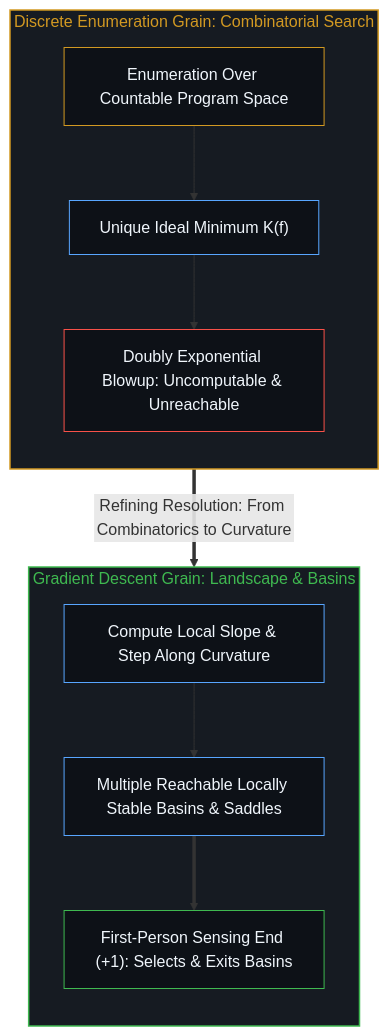
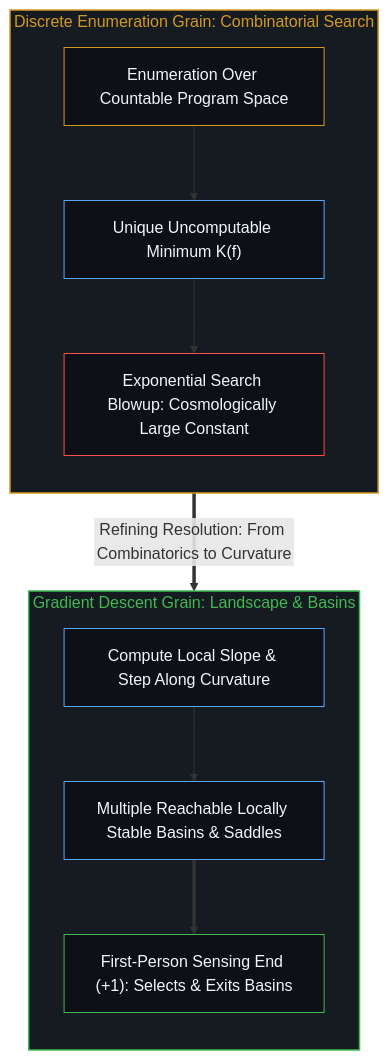
Before and after one commit to powerpig99/not-a-toe: the second of 2 diagrams in content/posts/the-surface-beneath.md, drawn with Mermaid. The commit also changed other lines of this file and 5 other files, not shown here.

````diff
--- a/content/posts/the-surface-beneath.md
+++ b/content/posts/the-surface-beneath.md
@@ -68,26 +68,26 @@
 ```mermaid
 flowchart TD
     subgraph S_Enum["Discrete Enumeration Grain: Combinatorial Search"]
         direction TB
         Countable["Enumeration Over Countable Program Space"]
-        UniqueK["Unique Ideal Minimum K(f)"]
-        Blowup["Doubly Exponential Blowup: Uncomputable & Unreachable"]
+        UniqueK["Unique Uncomputable Minimum K(f)"]
+        Blowup["Exponential Search Blowup: Cosmologically Large Constant"]
         Countable --> UniqueK --> Blowup
     end
     S_Enum ==>|"Refining Resolution: From Combinatorics to Curvature"| S_Grad
     subgraph S_Grad["Gradient Descent Grain: Landscape & Basins"]
         direction TB
         Slope["Compute Local Slope & Step Along Curvature"]
         Basins["Multiple Reachable Locally Stable Basins & Saddles"]
         HumanSense["First-Person Sensing End (+1): Selects & Exits Basins"]
         Slope --> Basins ==> HumanSense
     end
     style S_Enum fill:#161b22,stroke:#d29922,stroke-width:1.5px,color:#d29922
     style S_Grad fill:#161b22,stroke:#3fb950,stroke-width:1.5px,color:#3fb950
     style Countable fill:#0d1117,stroke:#d29922,stroke-width:1px,color:#f0f6fc
     style UniqueK fill:#0d1117,stroke:#58a6ff,stroke-width:1px,color:#f0f6fc
     style Blowup fill:#0d1117,stroke:#f85149,stroke-width:1px,color:#f0f6fc
     style Slope fill:#0d1117,stroke:#58a6ff,stroke-width:1px,color:#f0f6fc
     style Basins fill:#0d1117,stroke:#58a6ff,stroke-width:1px,color:#f0f6fc
     style HumanSense fill:#0d1117,stroke:#3fb950,stroke-width:1px,color:#f0f6fc
 ```
````
